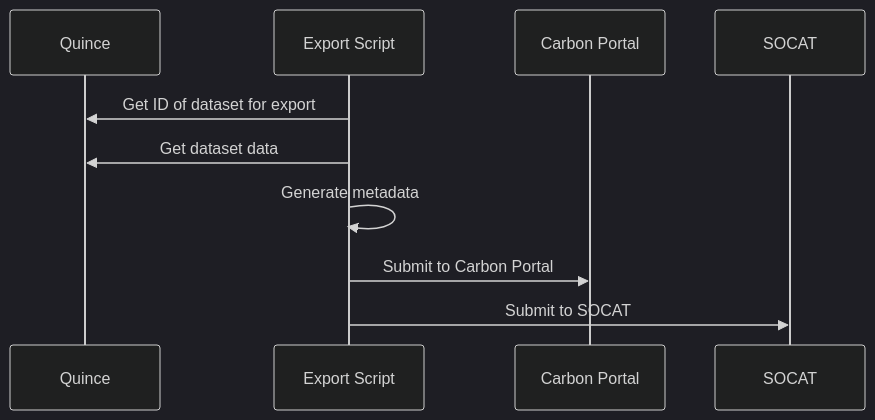
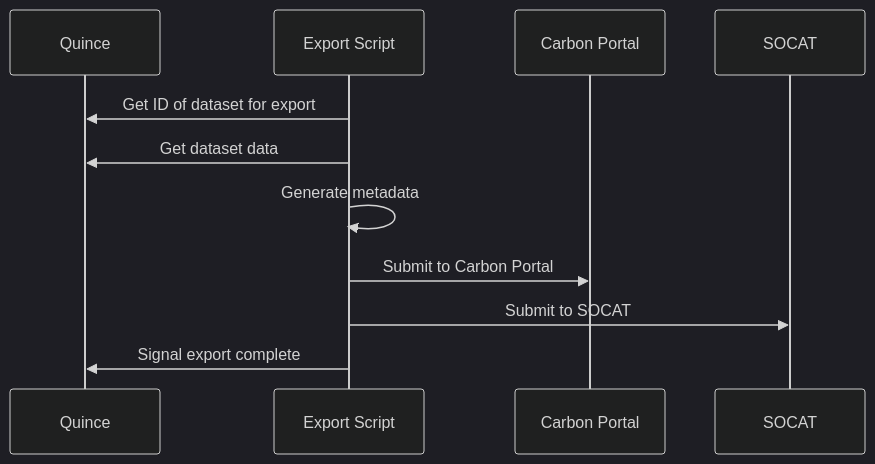
The diagram in Documentation/Design/ExportScripts/simple_script_flow.mermaid (quince-science/QuinCe), drawn with Mermaid (dark theme) before and after one commit. The commit also changed 2 other files, not shown here.

Commit message:
(#909) All export API calls documented

```diff
--- a/Documentation/Design/ExportScripts/simple_script_flow.mermaid
+++ b/Documentation/Design/ExportScripts/simple_script_flow.mermaid
@@ -1,10 +1,11 @@
 sequenceDiagram
   participant Q as Quince
   participant EX as Export Script
   participant CP as Carbon Portal
   participant S as SOCAT
   EX ->> Q:Get ID of dataset for export
   EX ->> Q:Get dataset data
   EX ->> EX:Generate metadata
   EX ->> CP:Submit to Carbon Portal
   EX ->> S:Submit to SOCAT
+  EX ->> Q:Signal export complete
```
